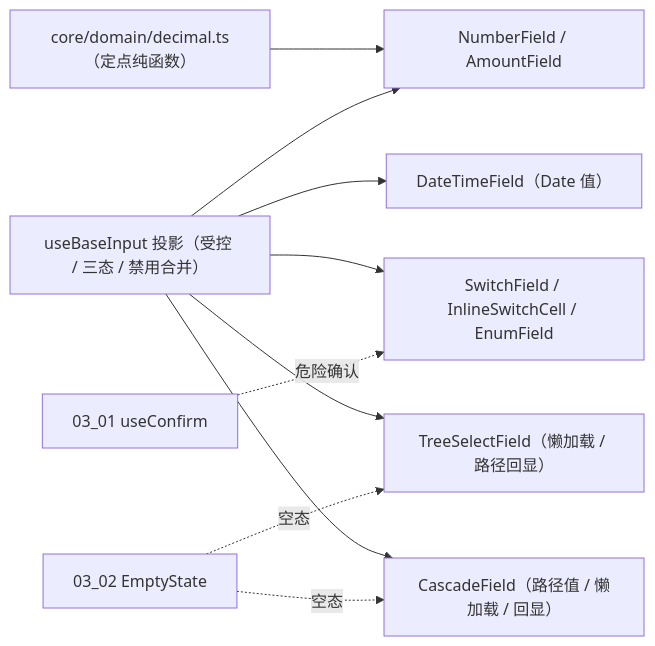
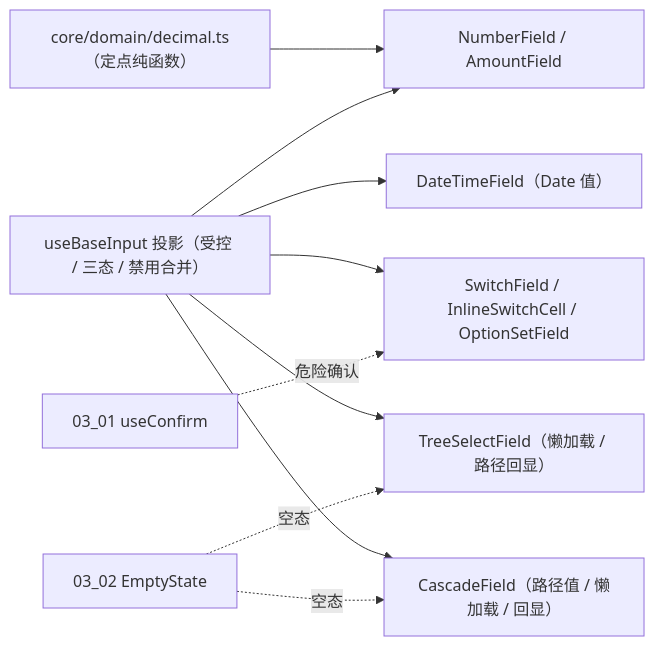
The diagram in bms文档/项目/04_前端组件库/任务/06_字段类/06_字段类_02_基础与数据源字段/实施/02_实施_01_基础与数据源字段.md (minjian123/basic-management-system), drawn with Mermaid before and after one commit. The commit also changed other lines of this file and 12 other files, not shown here.

````diff
--- a/bms文档/项目/04_前端组件库/任务/06_字段类/06_字段类_02_基础与数据源字段/实施/02_实施_01_基础与数据源字段.md
+++ b/bms文档/项目/04_前端组件库/任务/06_字段类/06_字段类_02_基础与数据源字段/实施/02_实施_01_基础与数据源字段.md
@@ -22,12 +22,12 @@
 ```mermaid
 flowchart LR
     C["core/domain/decimal.ts（定点纯函数）"] --> F2["NumberField / AmountField"]
     P["useBaseInput 投影（受控 / 三态 / 禁用合并）"] --> F1["DateTimeField（Date 值）"]
     P --> F2
-    P --> F3["SwitchField / InlineSwitchCell / EnumField"]
+    P --> F3["SwitchField / InlineSwitchCell / OptionSetField"]
     P --> F4["TreeSelectField（懒加载 / 路径回显）"]
     P --> F5["CascadeField（路径值 / 懒加载 / 回显）"]
     E["03_02 EmptyState"] -.空态.-> F4
     E -.空态.-> F5
     Q["03_01 useConfirm"] -.危险确认.-> F3
 ```
````
